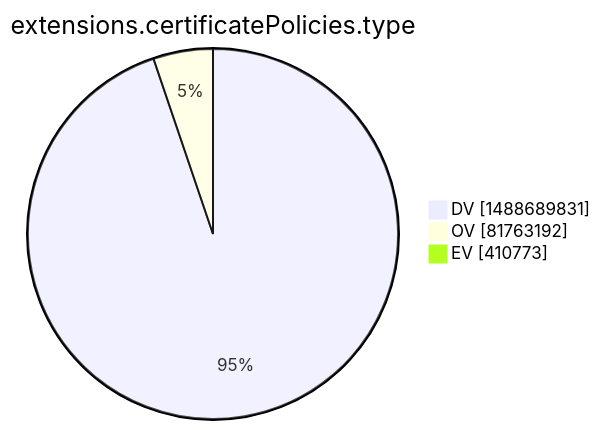
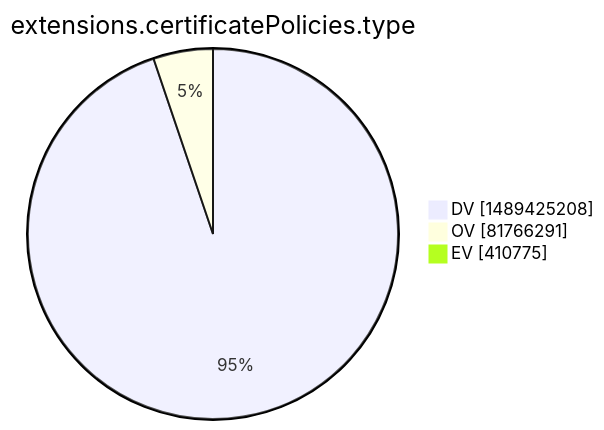
One commit to christiankrug/ctmonitor_visualization changed the tenth of 15 diagrams in xenon2022/README.md. Above: the diagram before and after it, drawn with Mermaid. The commit also changed other lines of this file, not shown here.

````diff
--- a/xenon2022/README.md
+++ b/xenon2022/README.md
@@ -2873,7 +2873,7 @@
 ```mermaid
 pie showData
 title extensions.certificatePolicies.type
-"DV" :1488689831
-"OV" :81763192
-"EV" :410773
+"DV" :1489425208
+"OV" :81766291
+"EV" :410775
 ```
````
